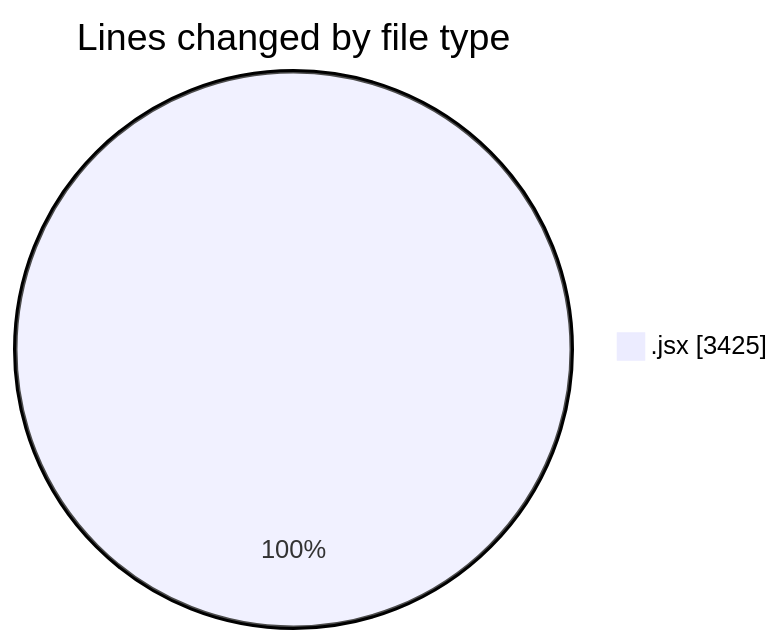
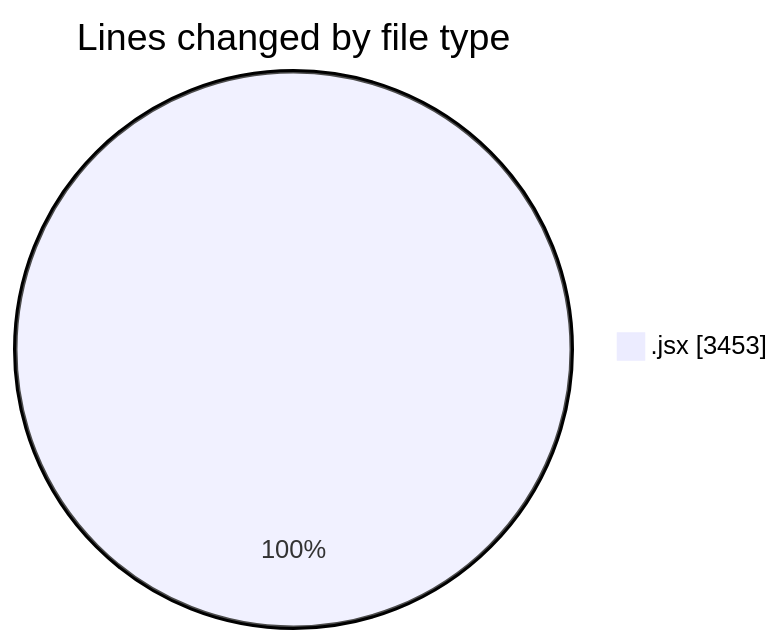
Before and after one commit to nxtqubesakshisongat/code-tracking: the first of 2 diagrams in 2025-12-07/nxtqube_webapp/README.md, drawn with Mermaid. The commit also changed other lines of this file and 1 other file, not shown here.

````diff
--- a/2025-12-07/nxtqube_webapp/README.md
+++ b/2025-12-07/nxtqube_webapp/README.md
@@ -21,5 +21,5 @@
 ```mermaid
 pie showData
 title Lines changed by file type
-".jsx" : 3425
+".jsx" : 3453
 ```
````
